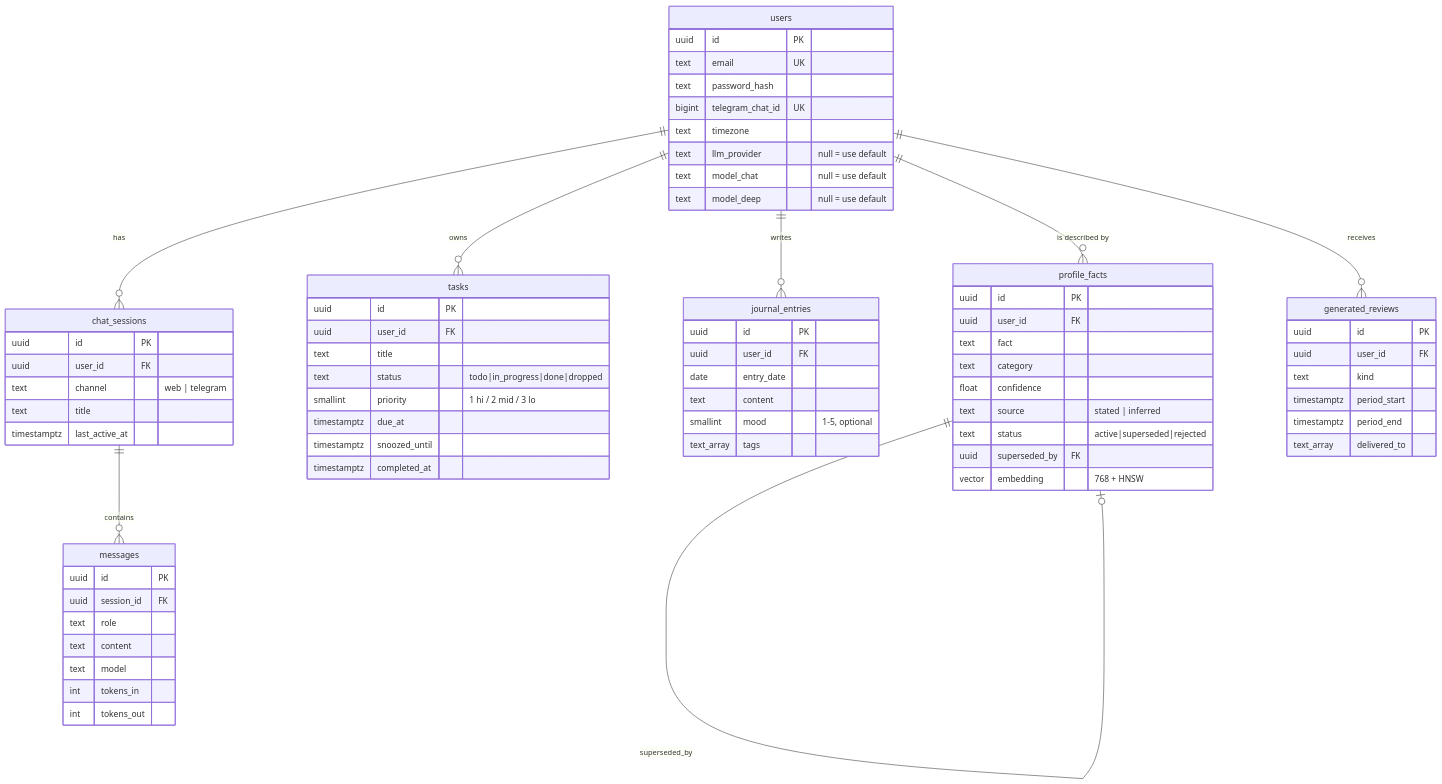
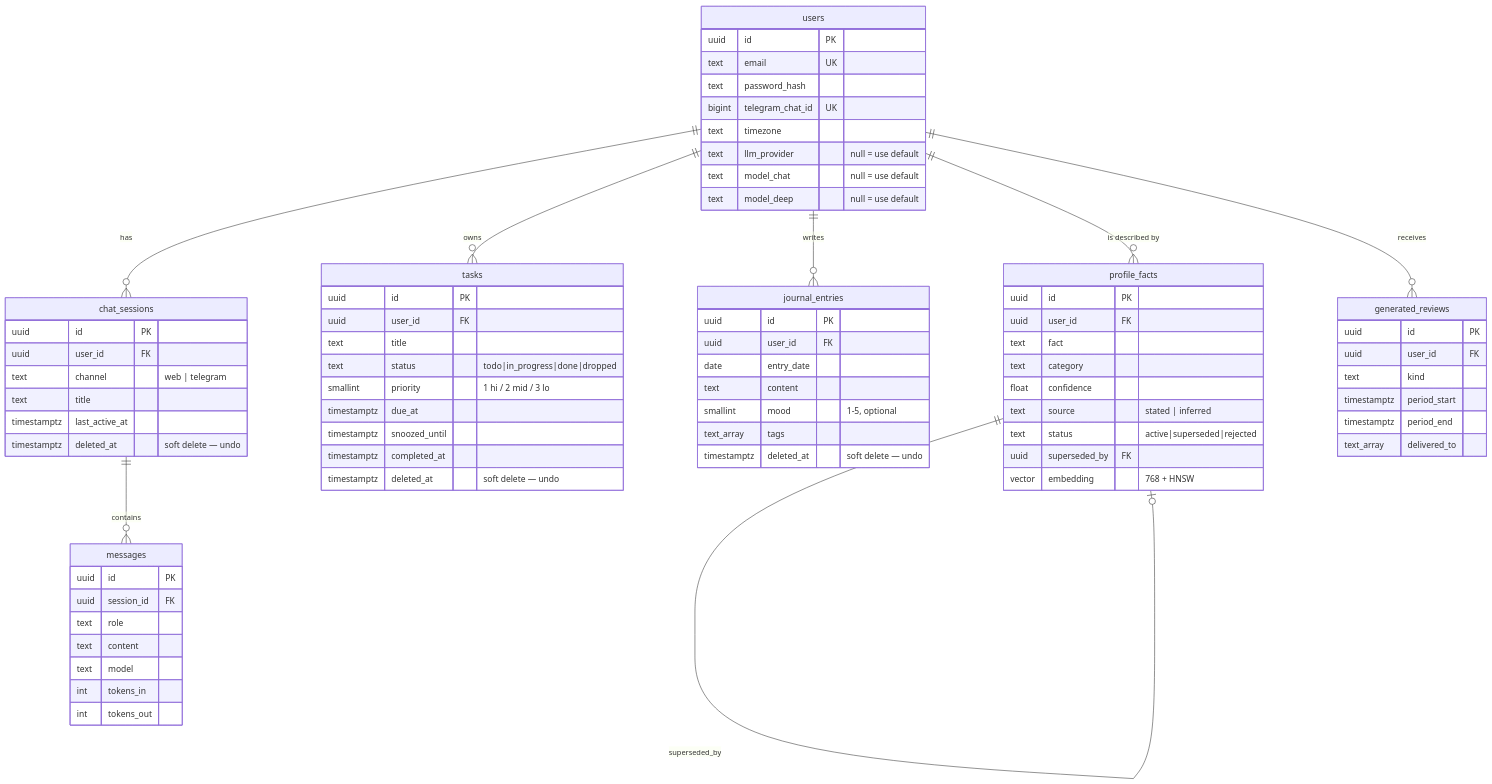
One commit to narendra632/aceroai changed the fifth of 5 diagrams in docs/ARCHITECTURE.md. Above: the diagram before and after it, drawn with Mermaid. The commit also changed other lines of this file and 27 other files, not shown here.

````diff
--- a/docs/ARCHITECTURE.md
+++ b/docs/ARCHITECTURE.md
@@ -266,74 +273,77 @@
 ```mermaid
 erDiagram
     users ||--o{ chat_sessions : has
     users ||--o{ tasks : owns
     users ||--o{ journal_entries : writes
     users ||--o{ profile_facts : "is described by"
     users ||--o{ generated_reviews : receives
     chat_sessions ||--o{ messages : contains
     profile_facts ||--o| profile_facts : "superseded_by"
 
     users {
         uuid id PK
         text email UK
         text password_hash
         bigint telegram_chat_id UK
         text timezone
         text llm_provider "null = use default"
         text model_chat "null = use default"
         text model_deep "null = use default"
     }
     chat_sessions {
         uuid id PK
         uuid user_id FK
         text channel "web | telegram"
         text title
         timestamptz last_active_at
+        timestamptz deleted_at "soft delete — undo"
     }
     messages {
         uuid id PK
         uuid session_id FK
         text role
         text content
         text model
         int tokens_in
         int tokens_out
     }
     tasks {
         uuid id PK
         uuid user_id FK
         text title
         text status "todo|in_progress|done|dropped"
         smallint priority "1 hi / 2 mid / 3 lo"
         timestamptz due_at
         timestamptz snoozed_until
         timestamptz completed_at
+        timestamptz deleted_at "soft delete — undo"
     }
     journal_entries {
         uuid id PK
         uuid user_id FK
         date entry_date
         text content
         smallint mood "1-5, optional"
         text_array tags
+        timestamptz deleted_at "soft delete — undo"
     }
     profile_facts {
         uuid id PK
         uuid user_id FK
         text fact
         text category
         float confidence
         text source "stated | inferred"
         text status "active|superseded|rejected"
         uuid superseded_by FK
         vector embedding "768 + HNSW"
     }
     generated_reviews {
         uuid id PK
         uuid user_id FK
         text kind
         timestamptz period_start
         timestamptz period_end
         text_array delivered_to
     }
 ```
````
